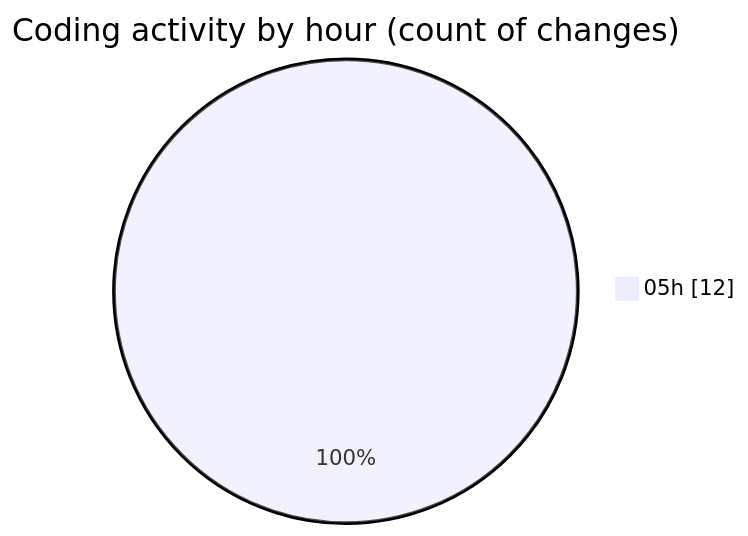
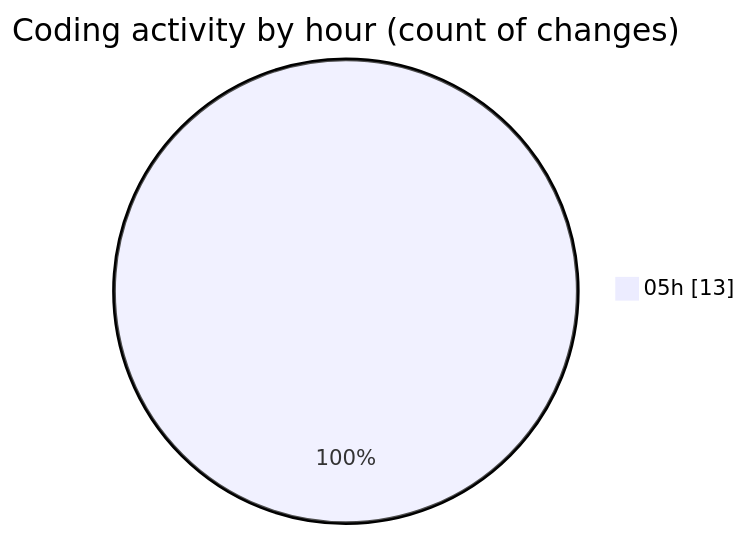
One commit to lephambinh05/code-tracking changed the second of 2 diagrams in 2025-09-10/hiai-phf/README.md. Above: the diagram before and after it, drawn with Mermaid. The commit also changed other lines of this file and 1 other file, not shown here.

````diff
--- a/2025-09-10/hiai-phf/README.md
+++ b/2025-09-10/hiai-phf/README.md
@@ -32,5 +33,5 @@
 ```mermaid
 pie showData
 title Coding activity by hour (count of changes)
-"05h" : 12
+"05h" : 13
 ```
````
